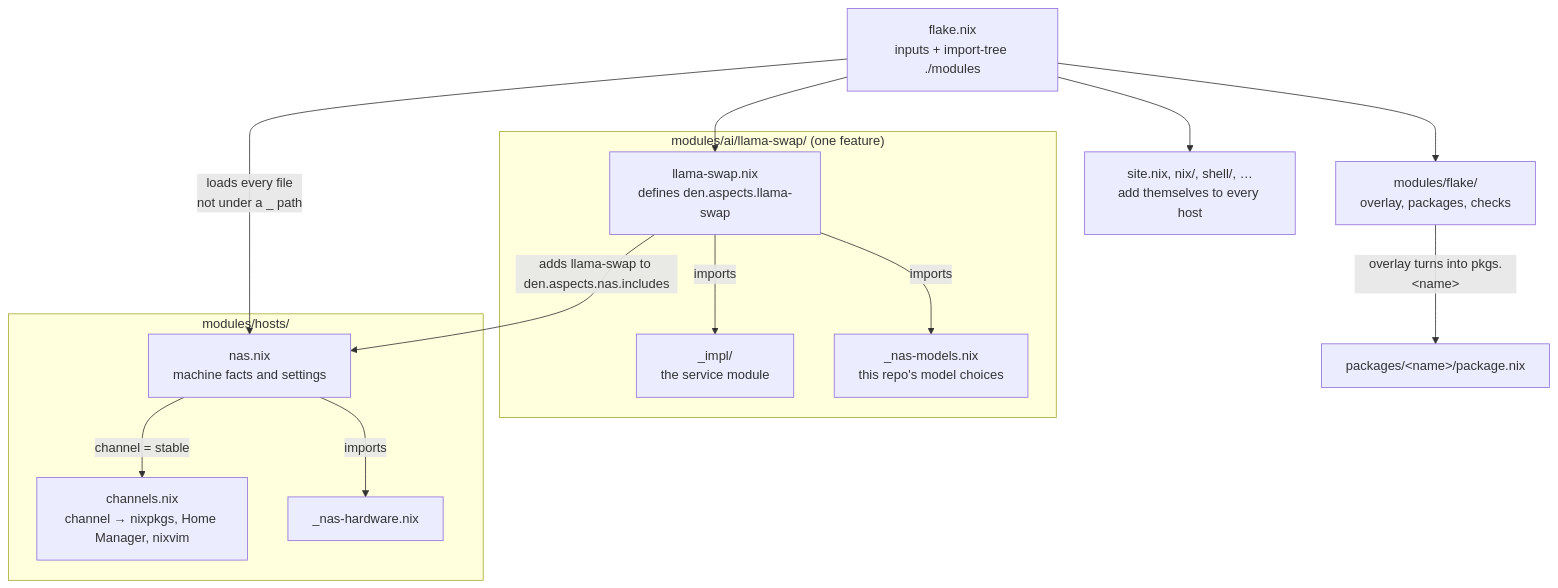
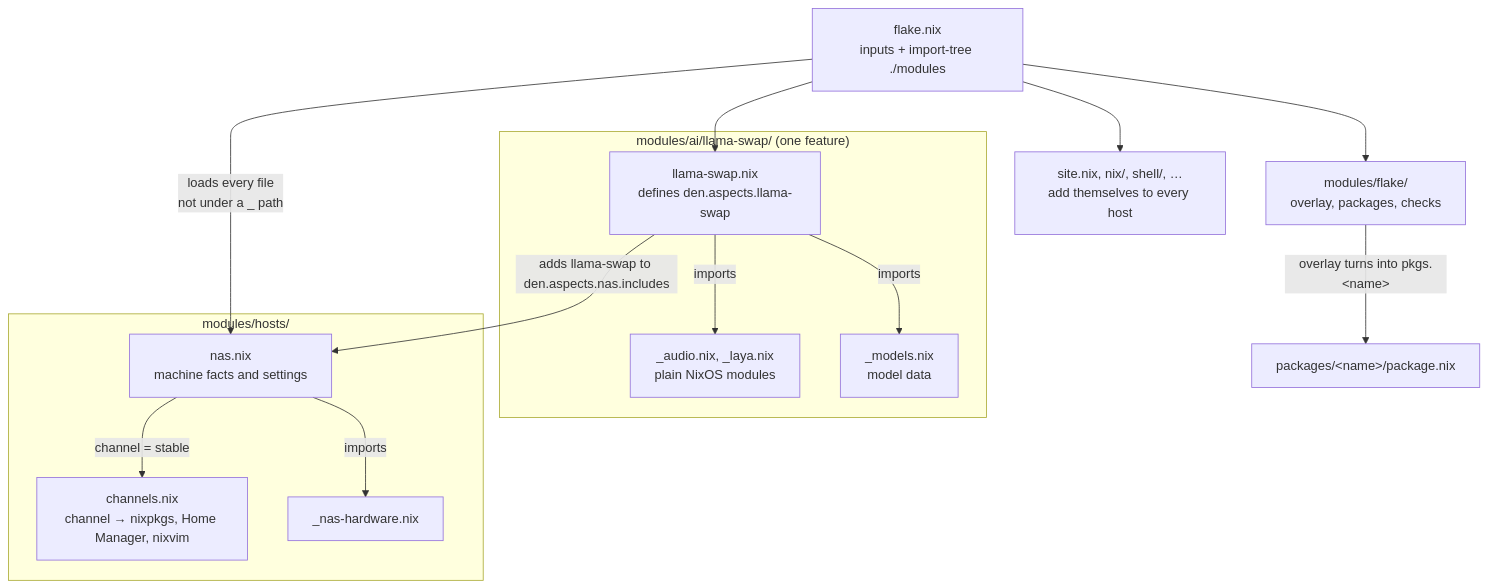
The diagram in docs/src/den-native-layout.md (Cody-W-Tucker/nix-config), drawn with Mermaid before and after one commit. The commit also changed 18 other files, not shown here.

````diff
--- a/docs/src/den-native-layout.md
+++ b/docs/src/den-native-layout.md
@@ -36,28 +36,28 @@
 ```mermaid
 flowchart TD
     flake["flake.nix<br/>inputs + import-tree ./modules"]
 
     subgraph hosts["modules/hosts/"]
         nas["nas.nix<br/>machine facts and settings"]
         channels["channels.nix<br/>channel → nixpkgs, Home Manager, nixvim"]
         hw["_nas-hardware.nix"]
     end
 
     subgraph feature["modules/ai/llama-swap/ (one feature)"]
         aspect["llama-swap.nix<br/>defines den.aspects.llama-swap"]
-        impl["_impl/<br/>the service module"]
-        models["_nas-models.nix<br/>this repo's model choices"]
+        impl["_audio.nix, _laya.nix<br/>plain NixOS modules"]
+        models["_models.nix<br/>model data"]
     end
 
     shared["site.nix, nix/, shell/, …<br/>add themselves to every host"]
     out["modules/flake/<br/>overlay, packages, checks"]
     pkgs["packages/&lt;name&gt;/package.nix"]
 
     flake -- "loads every file<br/>not under a _ path" --> nas
     flake --> aspect & shared & out
     nas -- "channel = stable" --> channels
     nas -- "imports" --> hw
     aspect -- "adds llama-swap to den.aspects.nas.includes" --> nas
     aspect -- "imports" --> impl & models
     out -- "overlay turns into pkgs.&lt;name&gt;" --> pkgs
 ```
````
